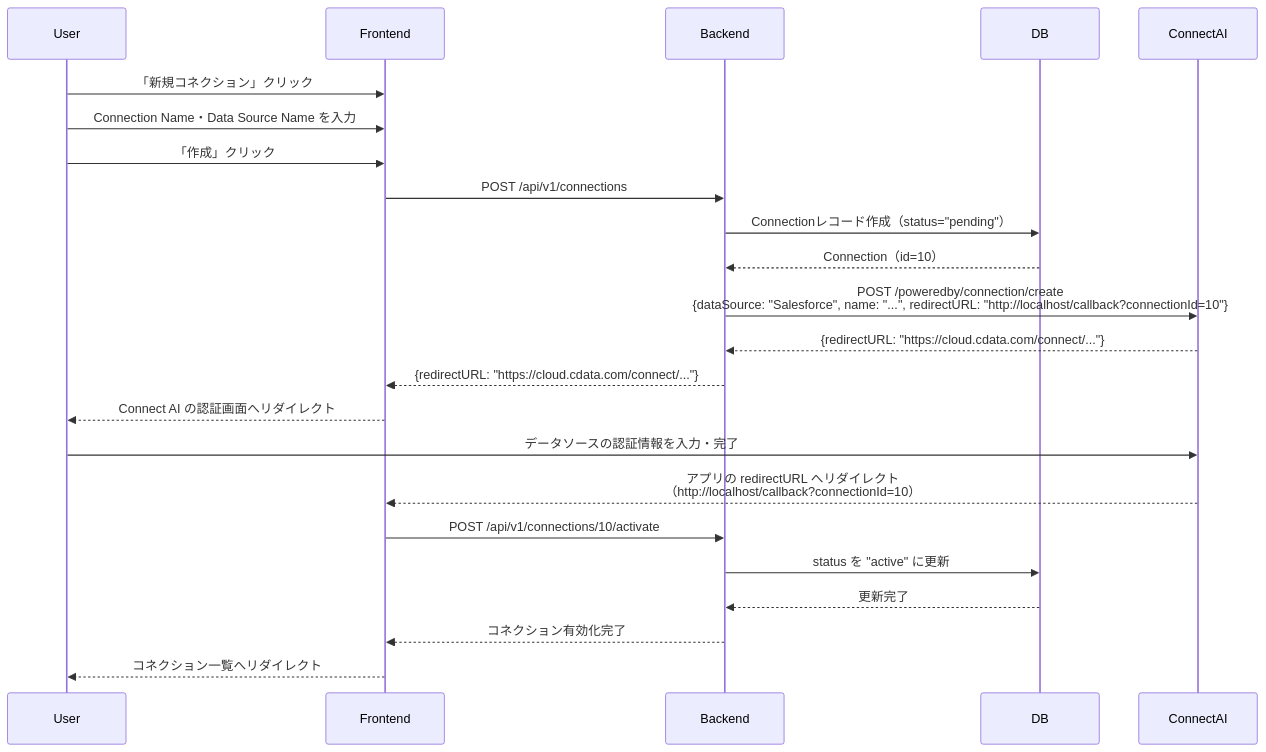
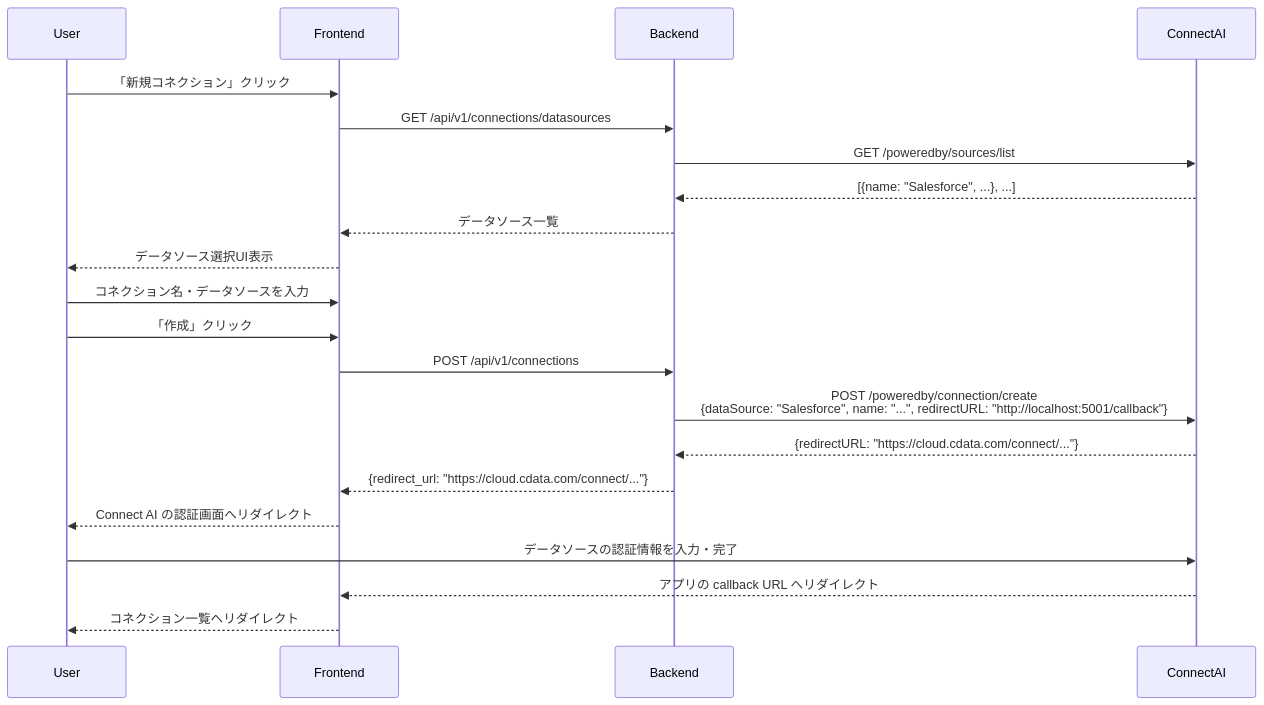
One commit to sugimomoto/ConnectAIOEMSample changed the fourth of 8 diagrams in docs/functional-design.md. Above: the diagram before and after it, drawn with Mermaid. The commit also changed other lines of this file and 3 other files, not shown here.

````diff
--- a/docs/functional-design.md
+++ b/docs/functional-design.md
@@ -271,28 +179,27 @@
 ```mermaid
 sequenceDiagram
     participant User
     participant Frontend
     participant Backend
-    participant DB
     participant ConnectAI
 
     User->>Frontend: 「新規コネクション」クリック
-    User->>Frontend: Connection Name・Data Source Name を入力
+    Frontend->>Backend: GET /api/v1/connections/datasources
+    Backend->>ConnectAI: GET /poweredby/sources/list
+    ConnectAI-->>Backend: [{name: "Salesforce", ...}, ...]
+    Backend-->>Frontend: データソース一覧
+    Frontend-->>User: データソース選択UI表示
+
+    User->>Frontend: コネクション名・データソースを入力
     User->>Frontend: 「作成」クリック
     Frontend->>Backend: POST /api/v1/connections
-    Backend->>DB: Connectionレコード作成（status="pending"）
-    DB-->>Backend: Connection（id=10）
-    Backend->>ConnectAI: POST /poweredby/connection/create<br/>{dataSource: "Salesforce", name: "...", redirectURL: "http://localhost/callback?connectionId=10"}
+    Backend->>ConnectAI: POST /poweredby/connection/create<br/>{dataSource: "Salesforce", name: "...", redirectURL: "http://localhost:5001/callback"}
     ConnectAI-->>Backend: {redirectURL: "https://cloud.cdata.com/connect/..."}
-    Backend-->>Frontend: {redirectURL: "https://cloud.cdata.com/connect/..."}
+    Backend-->>Frontend: {redirect_url: "https://cloud.cdata.com/connect/..."}
     Frontend-->>User: Connect AI の認証画面へリダイレクト
 
     User->>ConnectAI: データソースの認証情報を入力・完了
-    ConnectAI-->>Frontend: アプリの redirectURL へリダイレクト<br/>（http://localhost/callback?connectionId=10）
+    ConnectAI-->>Frontend: アプリの callback URL へリダイレクト
 
-    Frontend->>Backend: POST /api/v1/connections/10/activate
-    Backend->>DB: status を "active" に更新
-    DB-->>Backend: 更新完了
-    Backend-->>Frontend: コネクション有効化完了
     Frontend-->>User: コネクション一覧へリダイレクト
 ```
````
